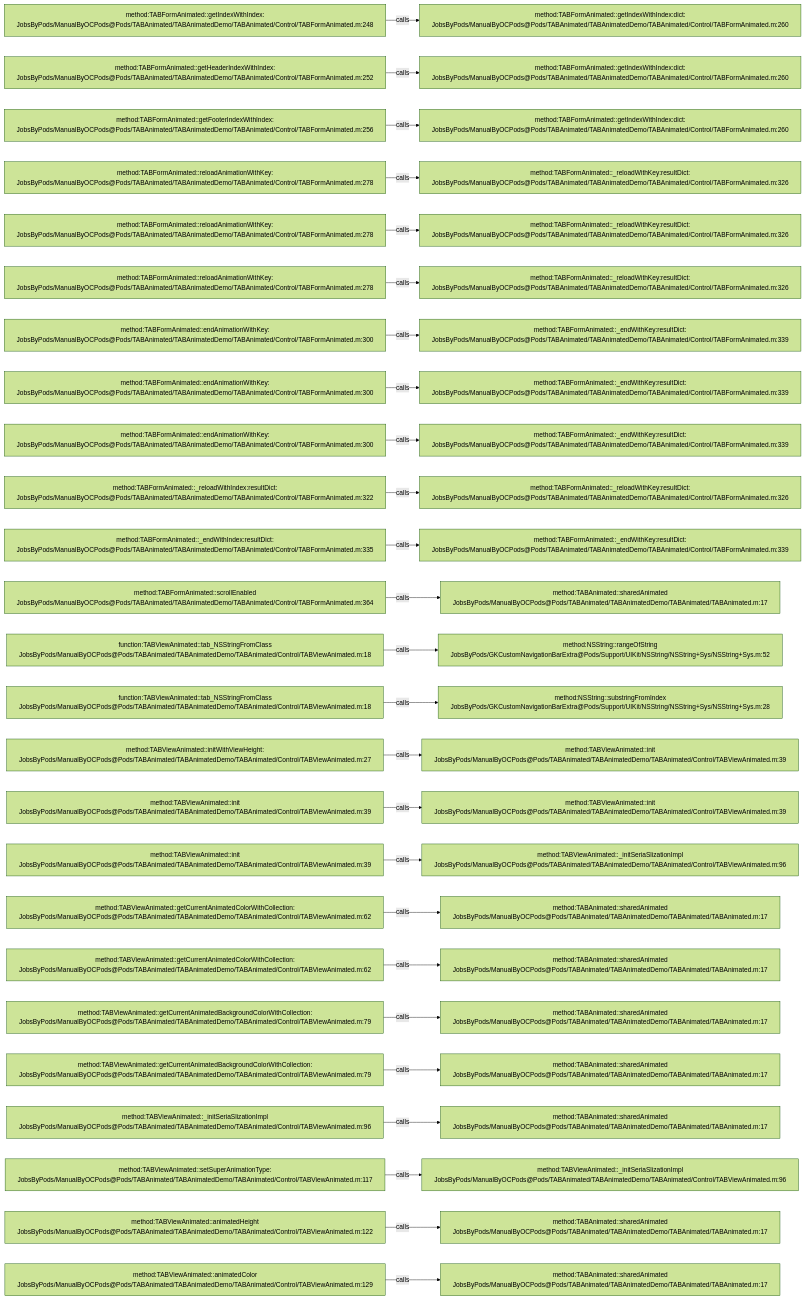
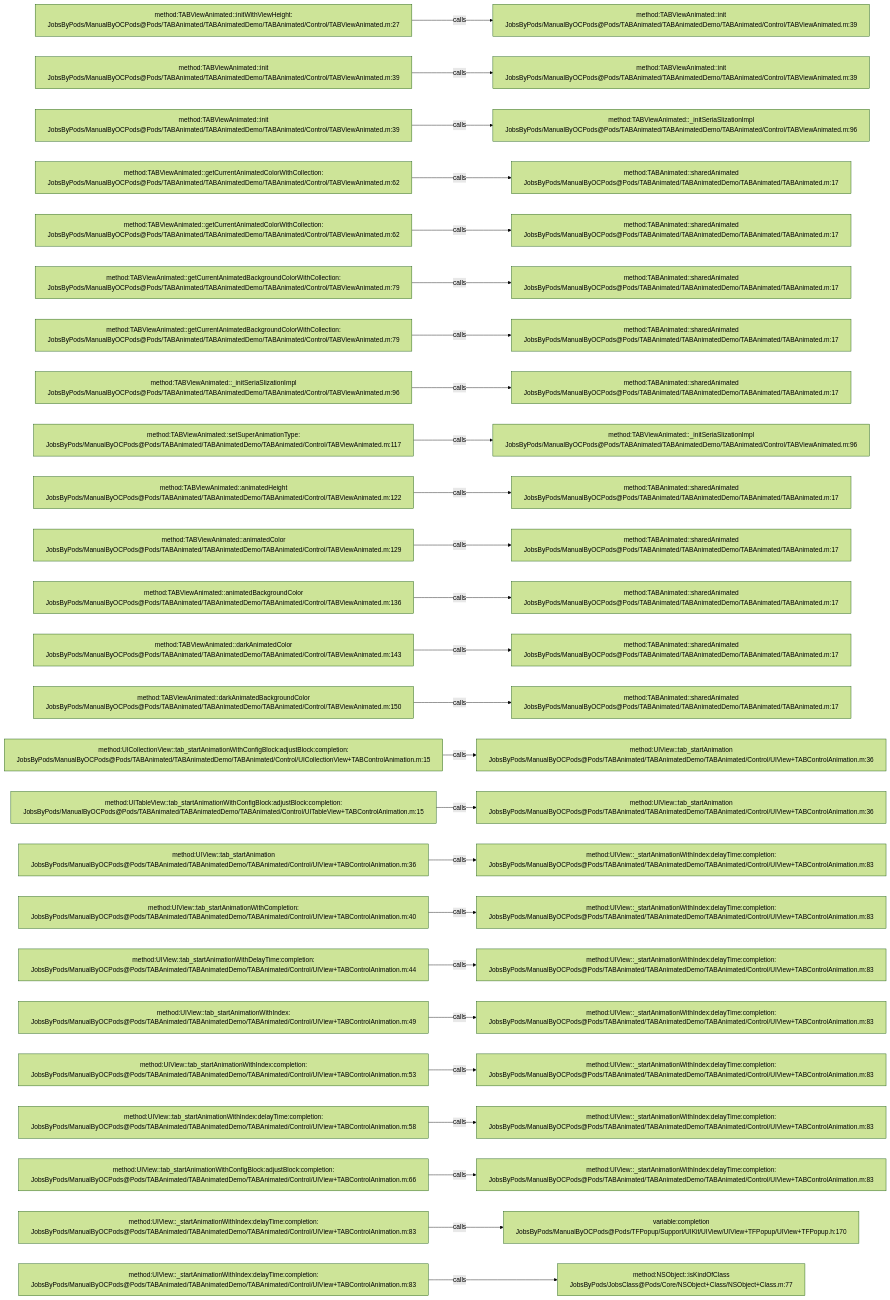
One commit to JobsKits/JobsOCBaseConfigDemo changed the diagram in .codegraph/codegraph.md/graphs/calls-027.md. Above: the diagram before and after it, drawn with Mermaid (forest theme). The commit also changed 296 other files, not shown here.

````diff
--- a/.codegraph/codegraph.md/graphs/calls-027.md
+++ b/.codegraph/codegraph.md/graphs/calls-027.md
@@ -13,78 +13,78 @@
 ```mermaid
 flowchart LR
-  S1["method:TABFormAnimated::getIndexWithIndex:<br/>JobsByPods/ManualByOCPods@Pods/TABAnimated/TABAnimatedDemo/TABAnimated/Control/TABFormAnimated.m:248"]
-  T1["method:TABFormAnimated::getIndexWithIndex:dict:<br/>JobsByPods/ManualByOCPods@Pods/TABAnimated/TABAnimatedDemo/TABAnimated/Control/TABFormAnimated.m:260"]
+  S1["method:TABViewAnimated::initWithViewHeight:<br/>JobsByPods/ManualByOCPods@Pods/TABAnimated/TABAnimatedDemo/TABAnimated/Control/TABViewAnimated.m:27"]
+  T1["method:TABViewAnimated::init<br/>JobsByPods/ManualByOCPods@Pods/TABAnimated/TABAnimatedDemo/TABAnimated/Control/TABViewAnimated.m:39"]
   S1 -->|calls| T1
-  S2["method:TABFormAnimated::getHeaderIndexWithIndex:<br/>JobsByPods/ManualByOCPods@Pods/TABAnimated/TABAnimatedDemo/TABAnimated/Control/TABFormAnimated.m:252"]
-  T2["method:TABFormAnimated::getIndexWithIndex:dict:<br/>JobsByPods/ManualByOCPods@Pods/TABAnimated/TABAnimatedDemo/TABAnimated/Control/TABFormAnimated.m:260"]
+  S2["method:TABViewAnimated::init<br/>JobsByPods/ManualByOCPods@Pods/TABAnimated/TABAnimatedDemo/TABAnimated/Control/TABViewAnimated.m:39"]
+  T2["method:TABViewAnimated::init<br/>JobsByPods/ManualByOCPods@Pods/TABAnimated/TABAnimatedDemo/TABAnimated/Control/TABViewAnimated.m:39"]
   S2 -->|calls| T2
-  S3["method:TABFormAnimated::getFooterIndexWithIndex:<br/>JobsByPods/ManualByOCPods@Pods/TABAnimated/TABAnimatedDemo/TABAnimated/Control/TABFormAnimated.m:256"]
-  T3["method:TABFormAnimated::getIndexWithIndex:dict:<br/>JobsByPods/ManualByOCPods@Pods/TABAnimated/TABAnimatedDemo/TABAnimated/Control/TABFormAnimated.m:260"]
+  S3["method:TABViewAnimated::init<br/>JobsByPods/ManualByOCPods@Pods/TABAnimated/TABAnimatedDemo/TABAnimated/Control/TABViewAnimated.m:39"]
+  T3["method:TABViewAnimated::_initSeriaSlizationImpl<br/>JobsByPods/ManualByOCPods@Pods/TABAnimated/TABAnimatedDemo/TABAnimated/Control/TABViewAnimated.m:96"]
   S3 -->|calls| T3
-  S4["method:TABFormAnimated::reloadAnimationWithKey:<br/>JobsByPods/ManualByOCPods@Pods/TABAnimated/TABAnimatedDemo/TABAnimated/Control/TABFormAnimated.m:278"]
-  T4["method:TABFormAnimated::_reloadWithKey:resultDict:<br/>JobsByPods/ManualByOCPods@Pods/TABAnimated/TABAnimatedDemo/TABAnimated/Control/TABFormAnimated.m:326"]
+  S4["method:TABViewAnimated::getCurrentAnimatedColorWithCollection:<br/>JobsByPods/ManualByOCPods@Pods/TABAnimated/TABAnimatedDemo/TABAnimated/Control/TABViewAnimated.m:62"]
+  T4["method:TABAnimated::sharedAnimated<br/>JobsByPods/ManualByOCPods@Pods/TABAnimated/TABAnimatedDemo/TABAnimated/TABAnimated.m:17"]
   S4 -->|calls| T4
-  S5["method:TABFormAnimated::reloadAnimationWithKey:<br/>JobsByPods/ManualByOCPods@Pods/TABAnimated/TABAnimatedDemo/TABAnimated/Control/TABFormAnimated.m:278"]
-  T5["method:TABFormAnimated::_reloadWithKey:resultDict:<br/>JobsByPods/ManualByOCPods@Pods/TABAnimated/TABAnimatedDemo/TABAnimated/Control/TABFormAnimated.m:326"]
+  S5["method:TABViewAnimated::getCurrentAnimatedColorWithCollection:<br/>JobsByPods/ManualByOCPods@Pods/TABAnimated/TABAnimatedDemo/TABAnimated/Control/TABViewAnimated.m:62"]
+  T5["method:TABAnimated::sharedAnimated<br/>JobsByPods/ManualByOCPods@Pods/TABAnimated/TABAnimatedDemo/TABAnimated/TABAnimated.m:17"]
   S5 -->|calls| T5
-  S6["method:TABFormAnimated::reloadAnimationWithKey:<br/>JobsByPods/ManualByOCPods@Pods/TABAnimated/TABAnimatedDemo/TABAnimated/Control/TABFormAnimated.m:278"]
-  T6["method:TABFormAnimated::_reloadWithKey:resultDict:<br/>JobsByPods/ManualByOCPods@Pods/TABAnimated/TABAnimatedDemo/TABAnimated/Control/TABFormAnimated.m:326"]
+  S6["method:TABViewAnimated::getCurrentAnimatedBackgroundColorWithCollection:<br/>JobsByPods/ManualByOCPods@Pods/TABAnimated/TABAnimatedDemo/TABAnimated/Control/TABViewAnimated.m:79"]
+  T6["method:TABAnimated::sharedAnimated<br/>JobsByPods/ManualByOCPods@Pods/TABAnimated/TABAnimatedDemo/TABAnimated/TABAnimated.m:17"]
   S6 -->|calls| T6
-  S7["method:TABFormAnimated::endAnimationWithKey:<br/>JobsByPods/ManualByOCPods@Pods/TABAnimated/TABAnimatedDemo/TABAnimated/Control/TABFormAnimated.m:300"]
-  T7["method:TABFormAnimated::_endWithKey:resultDict:<br/>JobsByPods/ManualByOCPods@Pods/TABAnimated/TABAnimatedDemo/TABAnimated/Control/TABFormAnimated.m:339"]
+  S7["method:TABViewAnimated::getCurrentAnimatedBackgroundColorWithCollection:<br/>JobsByPods/ManualByOCPods@Pods/TABAnimated/TABAnimatedDemo/TABAnimated/Control/TABViewAnimated.m:79"]
+  T7["method:TABAnimated::sharedAnimated<br/>JobsByPods/ManualByOCPods@Pods/TABAnimated/TABAnimatedDemo/TABAnimated/TABAnimated.m:17"]
   S7 -->|calls| T7
-  S8["method:TABFormAnimated::endAnimationWithKey:<br/>JobsByPods/ManualByOCPods@Pods/TABAnimated/TABAnimatedDemo/TABAnimated/Control/TABFormAnimated.m:300"]
-  T8["method:TABFormAnimated::_endWithKey:resultDict:<br/>JobsByPods/ManualByOCPods@Pods/TABAnimated/TABAnimatedDemo/TABAnimated/Control/TABFormAnimated.m:339"]
+  S8["method:TABViewAnimated::_initSeriaSlizationImpl<br/>JobsByPods/ManualByOCPods@Pods/TABAnimated/TABAnimatedDemo/TABAnimated/Control/TABViewAnimated.m:96"]
+  T8["method:TABAnimated::sharedAnimated<br/>JobsByPods/ManualByOCPods@Pods/TABAnimated/TABAnimatedDemo/TABAnimated/TABAnimated.m:17"]
   S8 -->|calls| T8
-  S9["method:TABFormAnimated::endAnimationWithKey:<br/>JobsByPods/ManualByOCPods@Pods/TABAnimated/TABAnimatedDemo/TABAnimated/Control/TABFormAnimated.m:300"]
-  T9["method:TABFormAnimated::_endWithKey:resultDict:<br/>JobsByPods/ManualByOCPods@Pods/TABAnimated/TABAnimatedDemo/TABAnimated/Control/TABFormAnimated.m:339"]
+  S9["method:TABViewAnimated::setSuperAnimationType:<br/>JobsByPods/ManualByOCPods@Pods/TABAnimated/TABAnimatedDemo/TABAnimated/Control/TABViewAnimated.m:117"]
+  T9["method:TABViewAnimated::_initSeriaSlizationImpl<br/>JobsByPods/ManualByOCPods@Pods/TABAnimated/TABAnimatedDemo/TABAnimated/Control/TABViewAnimated.m:96"]
   S9 -->|calls| T9
-  S10["method:TABFormAnimated::_reloadWithIndex:resultDict:<br/>JobsByPods/ManualByOCPods@Pods/TABAnimated/TABAnimatedDemo/TABAnimated/Control/TABFormAnimated.m:322"]
-  T10["method:TABFormAnimated::_reloadWithKey:resultDict:<br/>JobsByPods/ManualByOCPods@Pods/TABAnimated/TABAnimatedDemo/TABAnimated/Control/TABFormAnimated.m:326"]
+  S10["method:TABViewAnimated::animatedHeight<br/>JobsByPods/ManualByOCPods@Pods/TABAnimated/TABAnimatedDemo/TABAnimated/Control/TABViewAnimated.m:122"]
+  T10["method:TABAnimated::sharedAnimated<br/>JobsByPods/ManualByOCPods@Pods/TABAnimated/TABAnimatedDemo/TABAnimated/TABAnimated.m:17"]
   S10 -->|calls| T10
-  S11["method:TABFormAnimated::_endWithIndex:resultDict:<br/>JobsByPods/ManualByOCPods@Pods/TABAnimated/TABAnimatedDemo/TABAnimated/Control/TABFormAnimated.m:335"]
-  T11["method:TABFormAnimated::_endWithKey:resultDict:<br/>JobsByPods/ManualByOCPods@Pods/TABAnimated/TABAnimatedDemo/TABAnimated/Control/TABFormAnimated.m:339"]
+  S11["method:TABViewAnimated::animatedColor<br/>JobsByPods/ManualByOCPods@Pods/TABAnimated/TABAnimatedDemo/TABAnimated/Control/TABViewAnimated.m:129"]
+  T11["method:TABAnimated::sharedAnimated<br/>JobsByPods/ManualByOCPods@Pods/TABAnimated/TABAnimatedDemo/TABAnimated/TABAnimated.m:17"]
   S11 -->|calls| T11
-  S12["method:TABFormAnimated::scrollEnabled<br/>JobsByPods/ManualByOCPods@Pods/TABAnimated/TABAnimatedDemo/TABAnimated/Control/TABFormAnimated.m:364"]
+  S12["method:TABViewAnimated::animatedBackgroundColor<br/>JobsByPods/ManualByOCPods@Pods/TABAnimated/TABAnimatedDemo/TABAnimated/Control/TABViewAnimated.m:136"]
   T12["method:TABAnimated::sharedAnimated<br/>JobsByPods/ManualByOCPods@Pods/TABAnimated/TABAnimatedDemo/TABAnimated/TABAnimated.m:17"]
   S12 -->|calls| T12
-  S13["function:TABViewAnimated::tab_NSStringFromClass<br/>JobsByPods/ManualByOCPods@Pods/TABAnimated/TABAnimatedDemo/TABAnimated/Control/TABViewAnimated.m:18"]
-  T13["method:NSString::rangeOfString<br/>JobsByPods/GKCustomNavigationBarExtra@Pods/Support/UIKit/NSString/NSString+Sys/NSString+Sys.m:52"]
+  S13["method:TABViewAnimated::darkAnimatedColor<br/>JobsByPods/ManualByOCPods@Pods/TABAnimated/TABAnimatedDemo/TABAnimated/Control/TABViewAnimated.m:143"]
+  T13["method:TABAnimated::sharedAnimated<br/>JobsByPods/ManualByOCPods@Pods/TABAnimated/TABAnimatedDemo/TABAnimated/TABAnimated.m:17"]
   S13 -->|calls| T13
-  S14["function:TABViewAnimated::tab_NSStringFromClass<br/>JobsByPods/ManualByOCPods@Pods/TABAnimated/TABAnimatedDemo/TABAnimated/Control/TABViewAnimated.m:18"]
-  T14["method:NSString::substringFromIndex<br/>JobsByPods/GKCustomNavigationBarExtra@Pods/Support/UIKit/NSString/NSString+Sys/NSString+Sys.m:28"]
+  S14["method:TABViewAnimated::darkAnimatedBackgroundColor<br/>JobsByPods/ManualByOCPods@Pods/TABAnimated/TABAnimatedDemo/TABAnimated/Control/TABViewAnimated.m:150"]
+  T14["method:TABAnimated::sharedAnimated<br/>JobsByPods/ManualByOCPods@Pods/TABAnimated/TABAnimatedDemo/TABAnimated/TABAnimated.m:17"]
   S14 -->|calls| T14
-  S15["method:TABViewAnimated::initWithViewHeight:<br/>JobsByPods/ManualByOCPods@Pods/TABAnimated/TABAnimatedDemo/TABAnimated/Control/TABViewAnimated.m:27"]
-  T15["method:TABViewAnimated::init<br/>JobsByPods/ManualByOCPods@Pods/TABAnimated/TABAnimatedDemo/TABAnimated/Control/TABViewAnimated.m:39"]
+  S15["method:UICollectionView::tab_startAnimationWithConfigBlock:adjustBlock:completion:<br/>JobsByPods/ManualByOCPods@Pods/TABAnimated/TABAnimatedDemo/TABAnimated/Control/UICollectionView+TABControlAnimation.m:15"]
+  T15["method:UIView::tab_startAnimation<br/>JobsByPods/ManualByOCPods@Pods/TABAnimated/TABAnimatedDemo/TABAnimated/Control/UIView+TABControlAnimation.m:36"]
   S15 -->|calls| T15
-  S16["method:TABViewAnimated::init<br/>JobsByPods/ManualByOCPods@Pods/TABAnimated/TABAnimatedDemo/TABAnimated/Control/TABViewAnimated.m:39"]
-  T16["method:TABViewAnimated::init<br/>JobsByPods/ManualByOCPods@Pods/TABAnimated/TABAnimatedDemo/TABAnimated/Control/TABViewAnimated.m:39"]
+  S16["method:UITableView::tab_startAnimationWithConfigBlock:adjustBlock:completion:<br/>JobsByPods/ManualByOCPods@Pods/TABAnimated/TABAnimatedDemo/TABAnimated/Control/UITableView+TABControlAnimation.m:15"]
+  T16["method:UIView::tab_startAnimation<br/>JobsByPods/ManualByOCPods@Pods/TABAnimated/TABAnimatedDemo/TABAnimated/Control/UIView+TABControlAnimation.m:36"]
   S16 -->|calls| T16
-  S17["method:TABViewAnimated::init<br/>JobsByPods/ManualByOCPods@Pods/TABAnimated/TABAnimatedDemo/TABAnimated/Control/TABViewAnimated.m:39"]
-  T17["method:TABViewAnimated::_initSeriaSlizationImpl<br/>JobsByPods/ManualByOCPods@Pods/TABAnimated/TABAnimatedDemo/TABAnimated/Control/TABViewAnimated.m:96"]
+  S17["method:UIView::tab_startAnimation<br/>JobsByPods/ManualByOCPods@Pods/TABAnimated/TABAnimatedDemo/TABAnimated/Control/UIView+TABControlAnimation.m:36"]
+  T17["method:UIView::_startAnimationWithIndex:delayTime:completion:<br/>JobsByPods/ManualByOCPods@Pods/TABAnimated/TABAnimatedDemo/TABAnimated/Control/UIView+TABControlAnimation.m:83"]
   S17 -->|calls| T17
-  S18["method:TABViewAnimated::getCurrentAnimatedColorWithCollection:<br/>JobsByPods/ManualByOCPods@Pods/TABAnimated/TABAnimatedDemo/TABAnimated/Control/TABViewAnimated.m:62"]
-  T18["method:TABAnimated::sharedAnimated<br/>JobsByPods/ManualByOCPods@Pods/TABAnimated/TABAnimatedDemo/TABAnimated/TABAnimated.m:17"]
+  S18["method:UIView::tab_startAnimationWithCompletion:<br/>JobsByPods/ManualByOCPods@Pods/TABAnimated/TABAnimatedDemo/TABAnimated/Control/UIView+TABControlAnimation.m:40"]
+  T18["method:UIView::_startAnimationWithIndex:delayTime:completion:<br/>JobsByPods/ManualByOCPods@Pods/TABAnimated/TABAnimatedDemo/TABAnimated/Control/UIView+TABControlAnimation.m:83"]
   S18 -->|calls| T18
-  S19["method:TABViewAnimated::getCurrentAnimatedColorWithCollection:<br/>JobsByPods/ManualByOCPods@Pods/TABAnimated/TABAnimatedDemo/TABAnimated/Control/TABViewAnimated.m:62"]
-  T19["method:TABAnimated::sharedAnimated<br/>JobsByPods/ManualByOCPods@Pods/TABAnimated/TABAnimatedDemo/TABAnimated/TABAnimated.m:17"]
+  S19["method:UIView::tab_startAnimationWithDelayTime:completion:<br/>JobsByPods/ManualByOCPods@Pods/TABAnimated/TABAnimatedDemo/TABAnimated/Control/UIView+TABControlAnimation.m:44"]
+  T19["method:UIView::_startAnimationWithIndex:delayTime:completion:<br/>JobsByPods/ManualByOCPods@Pods/TABAnimated/TABAnimatedDemo/TABAnimated/Control/UIView+TABControlAnimation.m:83"]
   S19 -->|calls| T19
-  S20["method:TABViewAnimated::getCurrentAnimatedBackgroundColorWithCollection:<br/>JobsByPods/ManualByOCPods@Pods/TABAnimated/TABAnimatedDemo/TABAnimated/Control/TABViewAnimated.m:79"]
-  T20["method:TABAnimated::sharedAnimated<br/>JobsByPods/ManualByOCPods@Pods/TABAnimated/TABAnimatedDemo/TABAnimated/TABAnimated.m:17"]
+  S20["method:UIView::tab_startAnimationWithIndex:<br/>JobsByPods/ManualByOCPods@Pods/TABAnimated/TABAnimatedDemo/TABAnimated/Control/UIView+TABControlAnimation.m:49"]
+  T20["method:UIView::_startAnimationWithIndex:delayTime:completion:<br/>JobsByPods/ManualByOCPods@Pods/TABAnimated/TABAnimatedDemo/TABAnimated/Control/UIView+TABControlAnimation.m:83"]
   S20 -->|calls| T20
-  S21["method:TABViewAnimated::getCurrentAnimatedBackgroundColorWithCollection:<br/>JobsByPods/ManualByOCPods@Pods/TABAnimated/TABAnimatedDemo/TABAnimated/Control/TABViewAnimated.m:79"]
-  T21["method:TABAnimated::sharedAnimated<br/>JobsByPods/ManualByOCPods@Pods/TABAnimated/TABAnimatedDemo/TABAnimated/TABAnimated.m:17"]
+  S21["method:UIView::tab_startAnimationWithIndex:completion:<br/>JobsByPods/ManualByOCPods@Pods/TABAnimated/TABAnimatedDemo/TABAnimated/Control/UIView+TABControlAnimation.m:53"]
+  T21["method:UIView::_startAnimationWithIndex:delayTime:completion:<br/>JobsByPods/ManualByOCPods@Pods/TABAnimated/TABAnimatedDemo/TABAnimated/Control/UIView+TABControlAnimation.m:83"]
   S21 -->|calls| T21
-  S22["method:TABViewAnimated::_initSeriaSlizationImpl<br/>JobsByPods/ManualByOCPods@Pods/TABAnimated/TABAnimatedDemo/TABAnimated/Control/TABViewAnimated.m:96"]
-  T22["method:TABAnimated::sharedAnimated<br/>JobsByPods/ManualByOCPods@Pods/TABAnimated/TABAnimatedDemo/TABAnimated/TABAnimated.m:17"]
+  S22["method:UIView::tab_startAnimationWithIndex:delayTime:completion:<br/>JobsByPods/ManualByOCPods@Pods/TABAnimated/TABAnimatedDemo/TABAnimated/Control/UIView+TABControlAnimation.m:58"]
+  T22["method:UIView::_startAnimationWithIndex:delayTime:completion:<br/>JobsByPods/ManualByOCPods@Pods/TABAnimated/TABAnimatedDemo/TABAnimated/Control/UIView+TABControlAnimation.m:83"]
   S22 -->|calls| T22
-  S23["method:TABViewAnimated::setSuperAnimationType:<br/>JobsByPods/ManualByOCPods@Pods/TABAnimated/TABAnimatedDemo/TABAnimated/Control/TABViewAnimated.m:117"]
-  T23["method:TABViewAnimated::_initSeriaSlizationImpl<br/>JobsByPods/ManualByOCPods@Pods/TABAnimated/TABAnimatedDemo/TABAnimated/Control/TABViewAnimated.m:96"]
+  S23["method:UIView::tab_startAnimationWithConfigBlock:adjustBlock:completion:<br/>JobsByPods/ManualByOCPods@Pods/TABAnimated/TABAnimatedDemo/TABAnimated/Control/UIView+TABControlAnimation.m:66"]
+  T23["method:UIView::_startAnimationWithIndex:delayTime:completion:<br/>JobsByPods/ManualByOCPods@Pods/TABAnimated/TABAnimatedDemo/TABAnimated/Control/UIView+TABControlAnimation.m:83"]
   S23 -->|calls| T23
-  S24["method:TABViewAnimated::animatedHeight<br/>JobsByPods/ManualByOCPods@Pods/TABAnimated/TABAnimatedDemo/TABAnimated/Control/TABViewAnimated.m:122"]
-  T24["method:TABAnimated::sharedAnimated<br/>JobsByPods/ManualByOCPods@Pods/TABAnimated/TABAnimatedDemo/TABAnimated/TABAnimated.m:17"]
+  S24["method:UIView::_startAnimationWithIndex:delayTime:completion:<br/>JobsByPods/ManualByOCPods@Pods/TABAnimated/TABAnimatedDemo/TABAnimated/Control/UIView+TABControlAnimation.m:83"]
+  T24["variable:completion<br/>JobsByPods/ManualByOCPods@Pods/TFPopup/Support/UIKit/UIView/UIView+TFPopup/UIView+TFPopup.h:170"]
   S24 -->|calls| T24
-  S25["method:TABViewAnimated::animatedColor<br/>JobsByPods/ManualByOCPods@Pods/TABAnimated/TABAnimatedDemo/TABAnimated/Control/TABViewAnimated.m:129"]
-  T25["method:TABAnimated::sharedAnimated<br/>JobsByPods/ManualByOCPods@Pods/TABAnimated/TABAnimatedDemo/TABAnimated/TABAnimated.m:17"]
+  S25["method:UIView::_startAnimationWithIndex:delayTime:completion:<br/>JobsByPods/ManualByOCPods@Pods/TABAnimated/TABAnimatedDemo/TABAnimated/Control/UIView+TABControlAnimation.m:83"]
+  T25["method:NSObject::isKindOfClass<br/>JobsByPods/JobsClass@Pods/Core/NSObject+Class/NSObject+Class.m:77"]
   S25 -->|calls| T25
 ```
````
